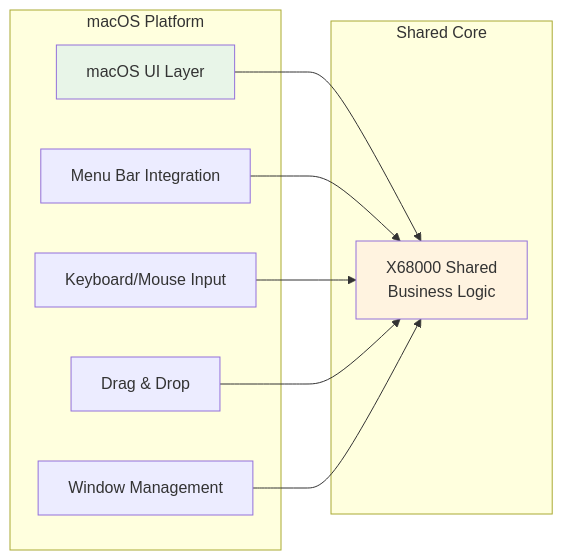
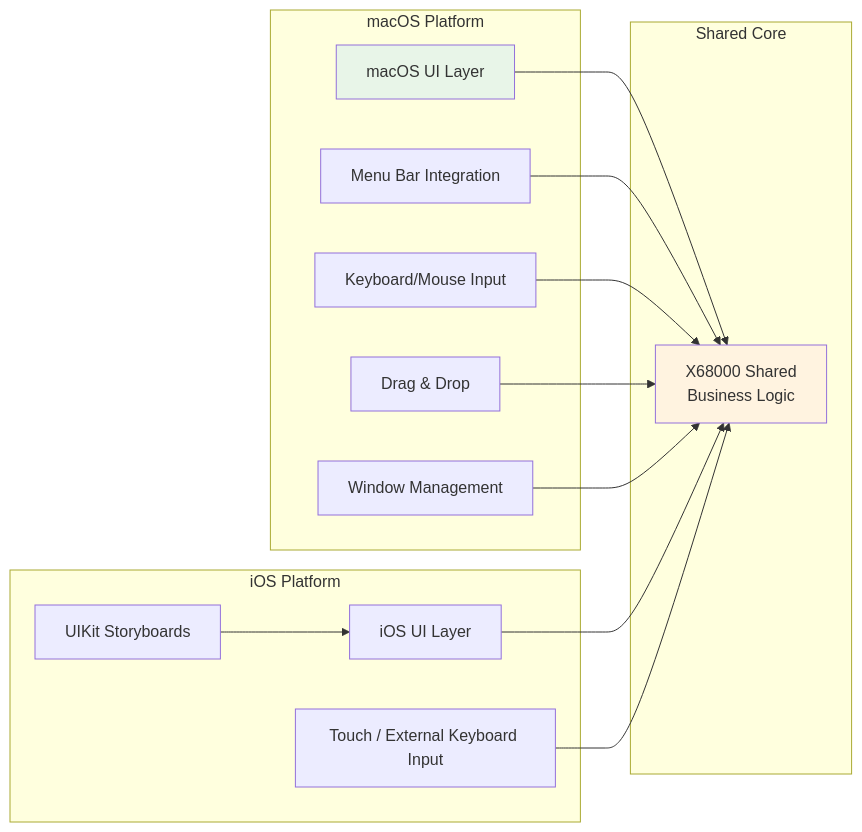
One commit to masanaohayashi/MPX68K changed the second of 9 diagrams in ARCHITECTURE.md. Above: the diagram before and after it, drawn with Mermaid. The commit also changed other lines of this file and 36 other files, not shown here.

````diff
--- a/ARCHITECTURE.md
+++ b/ARCHITECTURE.md
@@ -68,23 +71,32 @@
 ```mermaid
 graph LR
     subgraph "macOS Platform"
         macOSUI[macOS UI Layer]
         MenuBar[Menu Bar Integration]
         KeyMouse[Keyboard/Mouse Input]
         DragDrop[Drag & Drop]
         WindowMgmt[Window Management]
+    end
+
+    subgraph "iOS Platform"
+        iOSUI[iOS UI Layer]
+        TouchKeyboard[Touch / External Keyboard Input]
+        Storyboards[UIKit Storyboards]
     end
     
     subgraph "Shared Core"
         SharedCore[X68000 Shared<br/>Business Logic]
     end
     
     macOSUI --> SharedCore
     MenuBar --> SharedCore
     KeyMouse --> SharedCore
     DragDrop --> SharedCore
     WindowMgmt --> SharedCore
+    iOSUI --> SharedCore
+    TouchKeyboard --> SharedCore
+    Storyboards --> iOSUI
     
     style macOSUI fill:#e8f5e8
     style SharedCore fill:#fff3e0
 ```
````
